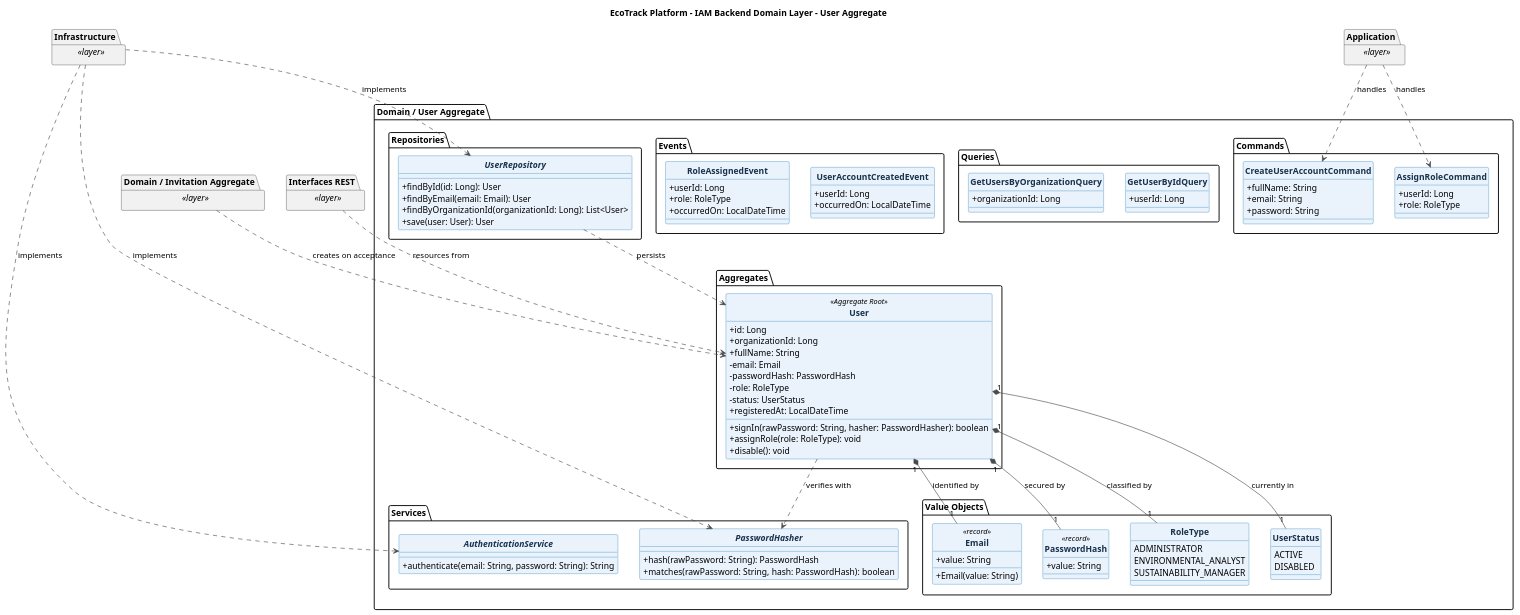
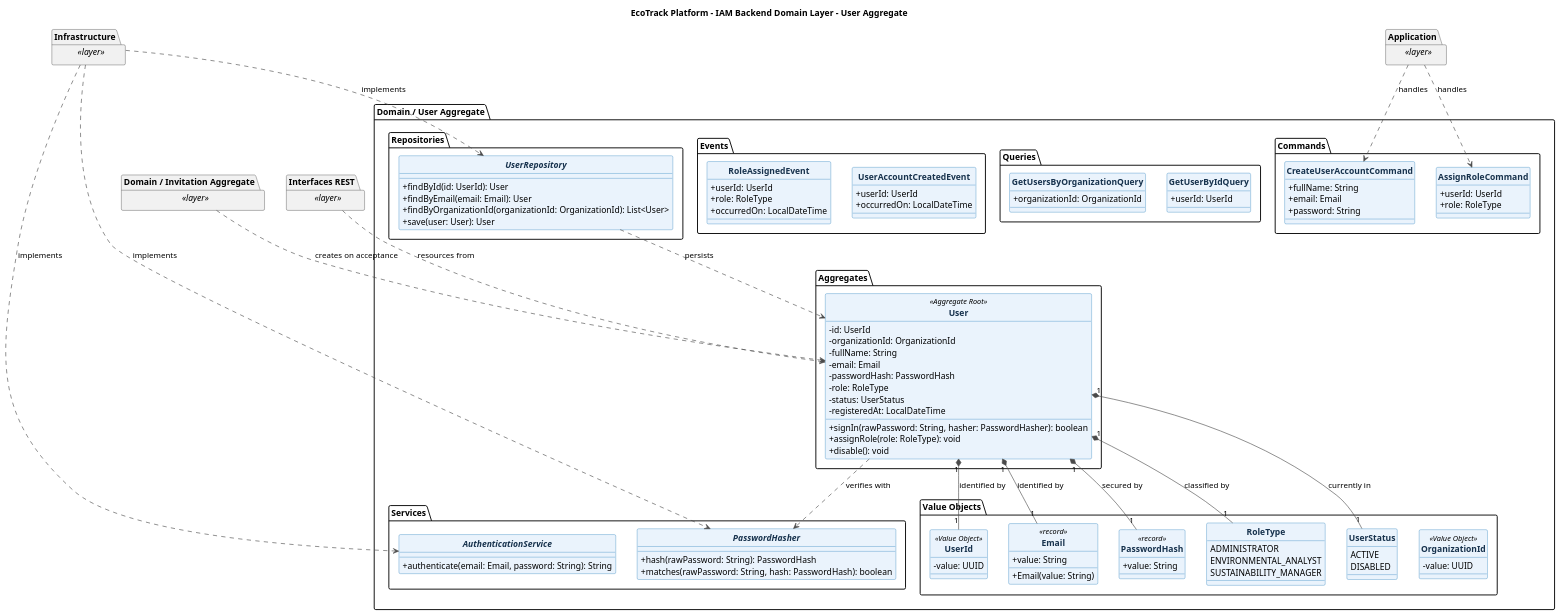
Before and after one commit to Horizon-OpenSource/report: the diagram in docs/diagrams/class/backend/ecotrack-iam-backend-domain-user-aggregate-class-diagram.puml, drawn with PlantUML. The commit also changed 17 other files, not shown here.

Commit message:
docs(report): update diagrams for event storming, architecture, class and database

```diff
--- a/docs/diagrams/class/backend/ecotrack-iam-backend-domain-user-aggregate-class-diagram.puml
+++ b/docs/diagrams/class/backend/ecotrack-iam-backend-domain-user-aggregate-class-diagram.puml
@@ -1,134 +1,141 @@
 @startuml
 title EcoTrack Platform - IAM Backend Domain Layer - User Aggregate
 skinparam backgroundColor #FFFFFF
 skinparam shadowing false
 skinparam classAttributeIconSize 0
 skinparam classFontStyle bold
 skinparam class {
   BackgroundColor #EAF3FC
   BorderColor #0B6FB3
   ArrowColor #4A4A4A
   FontColor #17324D
 }
 skinparam enum {
   BackgroundColor #FDF3E3
   BorderColor #C9832B
   FontColor #5A3E12
 }
 hide circle
 
 package "Domain / User Aggregate" {
 
   package "Aggregates" {
     class User <<Aggregate Root>> {
-      +id: Long
-      +organizationId: Long
-      +fullName: String
+      -id: UserId
+      -organizationId: OrganizationId
+      -fullName: String
       -email: Email
       -passwordHash: PasswordHash
       -role: RoleType
       -status: UserStatus
-      +registeredAt: LocalDateTime
+      -registeredAt: LocalDateTime
       +signIn(rawPassword: String, hasher: PasswordHasher): boolean
       +assignRole(role: RoleType): void
       +disable(): void
     }
   }
 
   package "Value Objects" {
+    class OrganizationId <<Value Object>> {
+      -value: UUID
+    }
+    class UserId <<Value Object>> {
+      -value: UUID
+    }
     class Email <<record>> {
       +value: String
       +Email(value: String)
     }
     class PasswordHash <<record>> {
       +value: String
     }
     enum RoleType {
       ADMINISTRATOR
       ENVIRONMENTAL_ANALYST
       SUSTAINABILITY_MANAGER
     }
     enum UserStatus {
       ACTIVE
       DISABLED
     }
   }
 
   package "Commands" {
     class CreateUserAccountCommand {
       +fullName: String
-      +email: String
+      +email: Email
       +password: String
     }
     class AssignRoleCommand {
-      +userId: Long
+      +userId: UserId
       +role: RoleType
     }
   }
 
   package "Queries" {
     class GetUserByIdQuery {
-      +userId: Long
+      +userId: UserId
     }
     class GetUsersByOrganizationQuery {
-      +organizationId: Long
+      +organizationId: OrganizationId
     }
   }
 
   package "Events" {
     class UserAccountCreatedEvent {
-      +userId: Long
+      +userId: UserId
       +occurredOn: LocalDateTime
     }
     class RoleAssignedEvent {
-      +userId: Long
+      +userId: UserId
       +role: RoleType
       +occurredOn: LocalDateTime
     }
   }
 
   package "Services" {
     interface PasswordHasher {
       +hash(rawPassword: String): PasswordHash
       +matches(rawPassword: String, hash: PasswordHash): boolean
     }
     interface AuthenticationService {
-      +authenticate(email: String, password: String): String
+      +authenticate(email: Email, password: String): String
     }
   }
 
   package "Repositories" {
     interface UserRepository {
-      +findById(id: Long): User
+      +findById(id: UserId): User
       +findByEmail(email: Email): User
-      +findByOrganizationId(organizationId: Long): List<User>
+      +findByOrganizationId(organizationId: OrganizationId): List<User>
       +save(user: User): User
     }
   }
 
   User "1" *-- "1" Email : identified by
   User "1" *-- "1" PasswordHash : secured by
   User "1" *-- "1" RoleType : classified by
   User "1" *-- "1" UserStatus : currently in
   User ..> PasswordHasher : verifies with
   UserRepository ..> User : persists
+  User "1" *-- "1" UserId : identified by
 }
 
 package "Interfaces REST" as Backend_iam_Interfaces_REST <<layer>> {
 }
 package "Application" as Backend_iam_Application <<layer>> {
 }
 package "Infrastructure" as Backend_iam_Infrastructure <<layer>> {
 }
 package "Domain / Invitation Aggregate" as Backend_iam_Invitation <<layer>> {
 }
 
 Backend_iam_Interfaces_REST ..> User : resources from
 Backend_iam_Application ..> CreateUserAccountCommand : handles
 Backend_iam_Application ..> AssignRoleCommand : handles
 Backend_iam_Infrastructure ..> UserRepository : implements
 Backend_iam_Infrastructure ..> PasswordHasher : implements
 Backend_iam_Infrastructure ..> AuthenticationService : implements
 Backend_iam_Invitation ..> User : creates on acceptance
 
 @enduml
```
